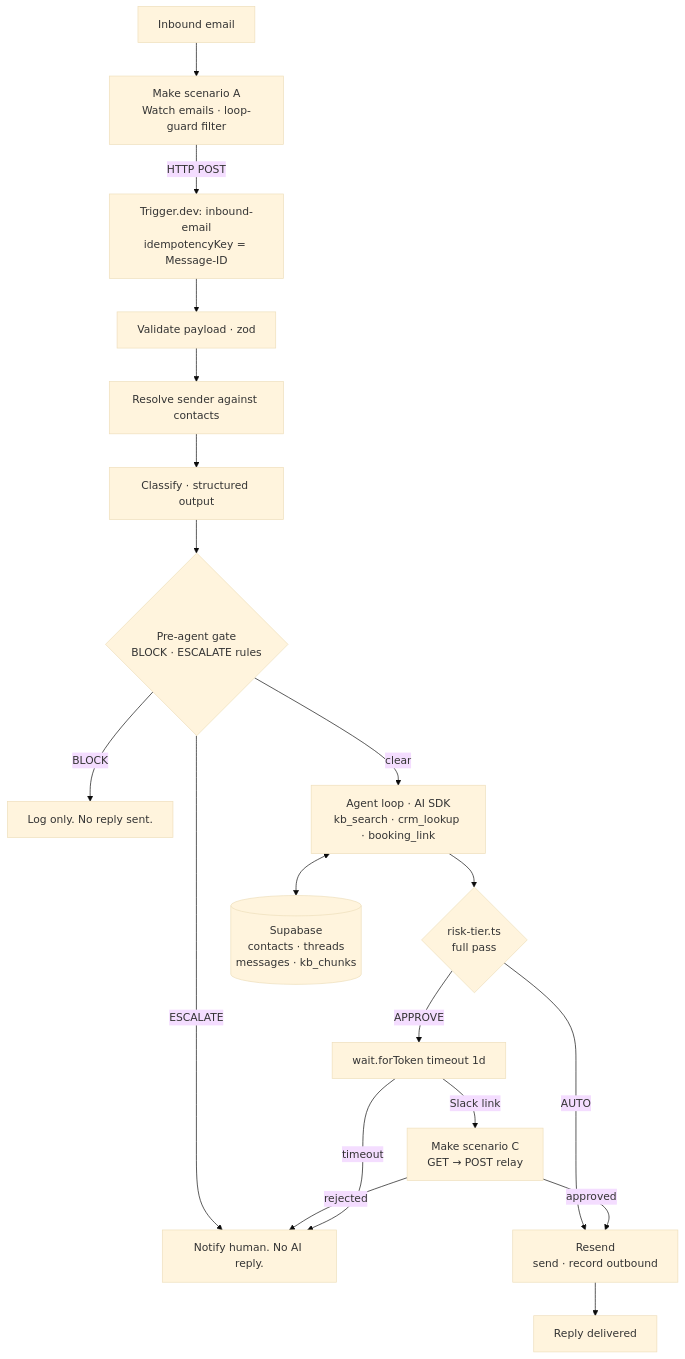
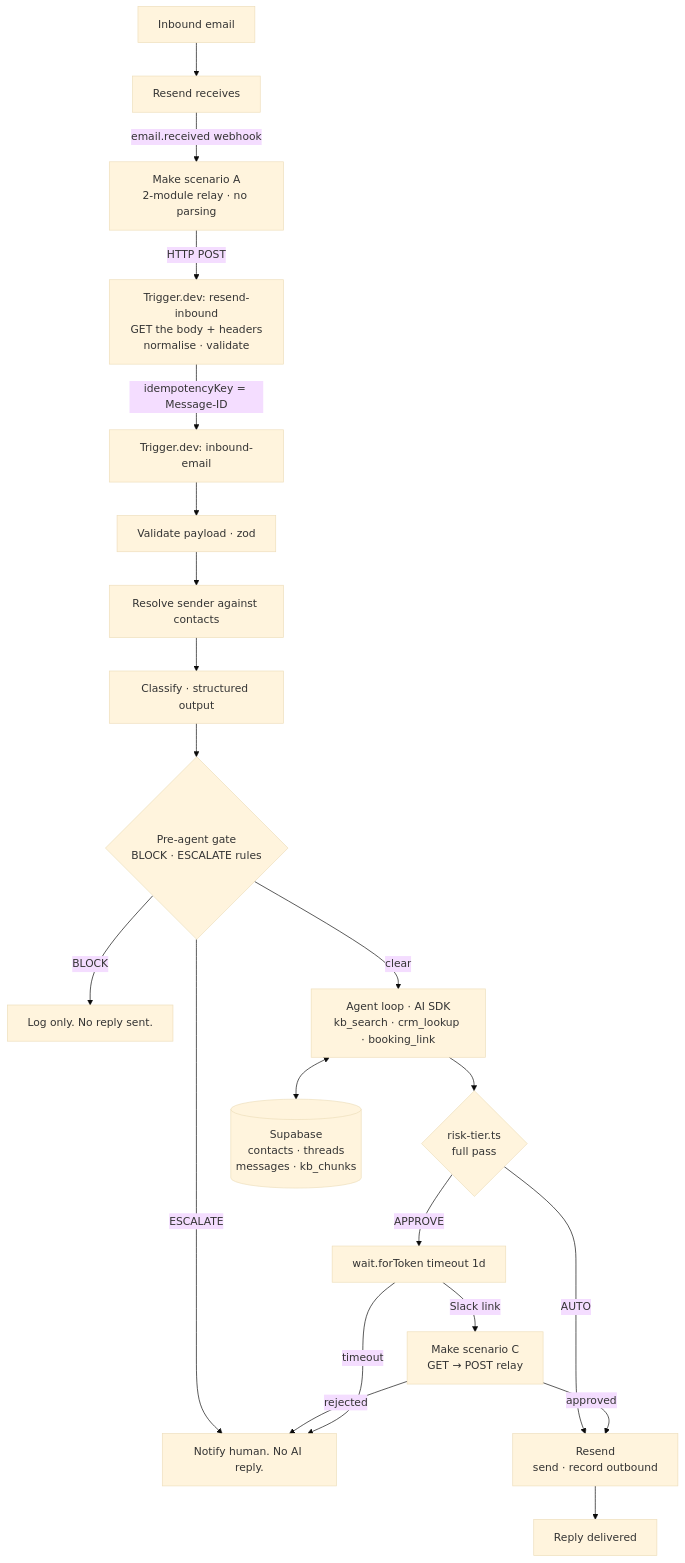
Before and after one commit to FucciUnavailable/mailroom-helper: the diagram in README.md, drawn with Mermaid (base theme). The commit also changed other lines of this file and 3 other files, not shown here.

First line of the commit message:
docs: rewrite the inbound story around the Resend relay

````diff
--- a/README.md
+++ b/README.md
@@ -27,27 +34,29 @@
 ```mermaid
 flowchart TD
-    A[Inbound email] --> B["Make scenario A<br/>Watch emails · loop-guard filter"]
-    B -->|HTTP POST| C["Trigger.dev: inbound-email<br/>idempotencyKey = Message-ID"]
+    A[Inbound email] --> A2[Resend receives]
+    A2 -->|email.received webhook| B["Make scenario A<br/>2-module relay · no parsing"]
+    B -->|HTTP POST| B2["Trigger.dev: resend-inbound<br/>GET the body + headers<br/>normalise · validate"]
+    B2 -->|"idempotencyKey = Message-ID"| C["Trigger.dev: inbound-email"]
 
     C --> D[Validate payload · zod]
     D --> E[Resolve sender against contacts]
     E --> F[Classify · structured output]
 
     F --> P{"Pre-agent gate<br/>BLOCK · ESCALATE rules"}
     P -->|BLOCK| I[Log only. No reply sent.]
     P -->|ESCALATE| J[Notify human. No AI reply.]
     P -->|clear| G["Agent loop · AI SDK<br/>kb_search · crm_lookup · booking_link"]
 
     G --> H{"risk-tier.ts<br/>full pass"}
     H -->|APPROVE| K["wait.forToken timeout 1d"]
     H -->|AUTO| L["Resend<br/>send · record outbound"]
 
     K -->|Slack link| R["Make scenario C<br/>GET → POST relay"]
     R -->|approved| L
     R -->|rejected| J
     K -->|timeout| J
 
     G <--> M[(Supabase<br/>contacts · threads<br/>messages · kb_chunks)]
 
     L --> N[Reply delivered]
 ```
````
